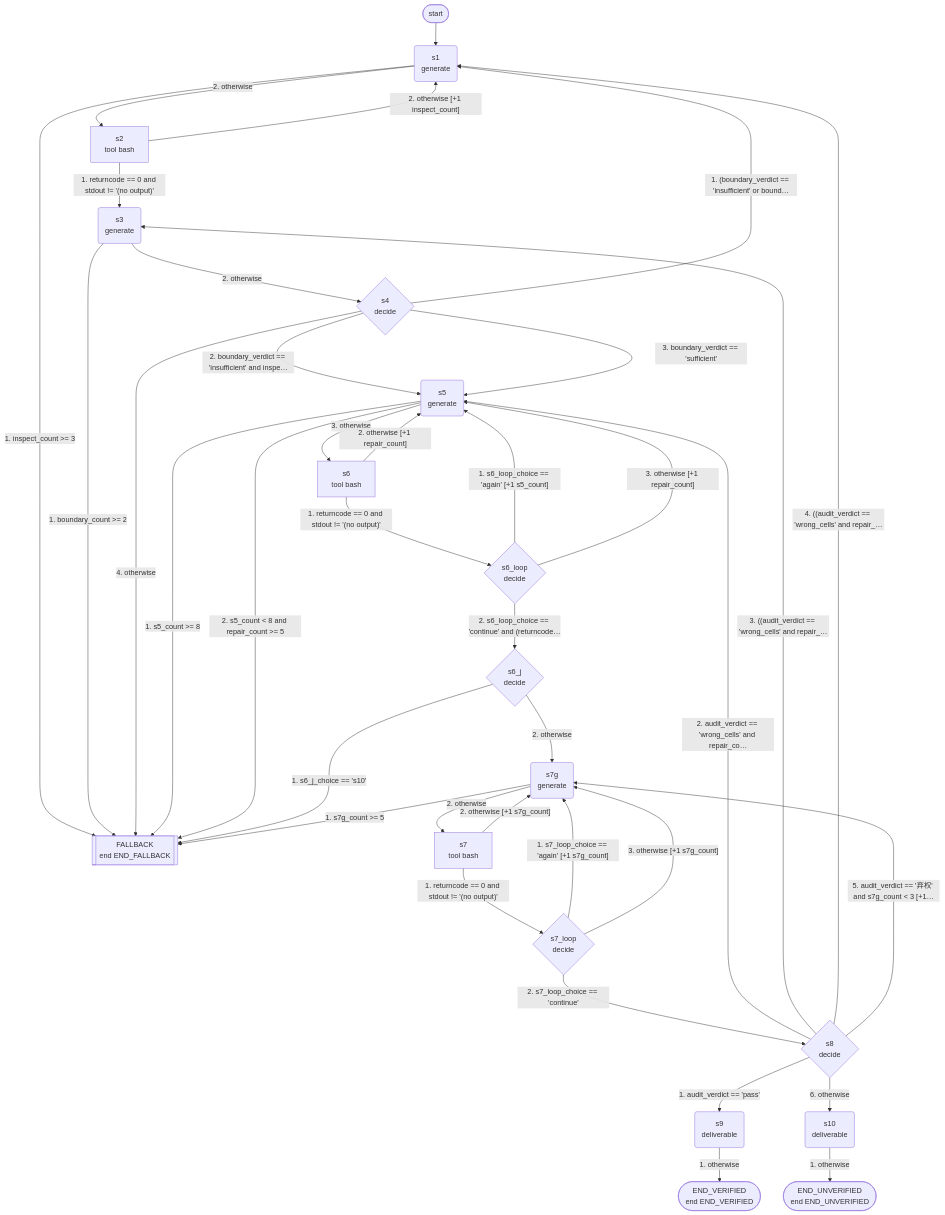
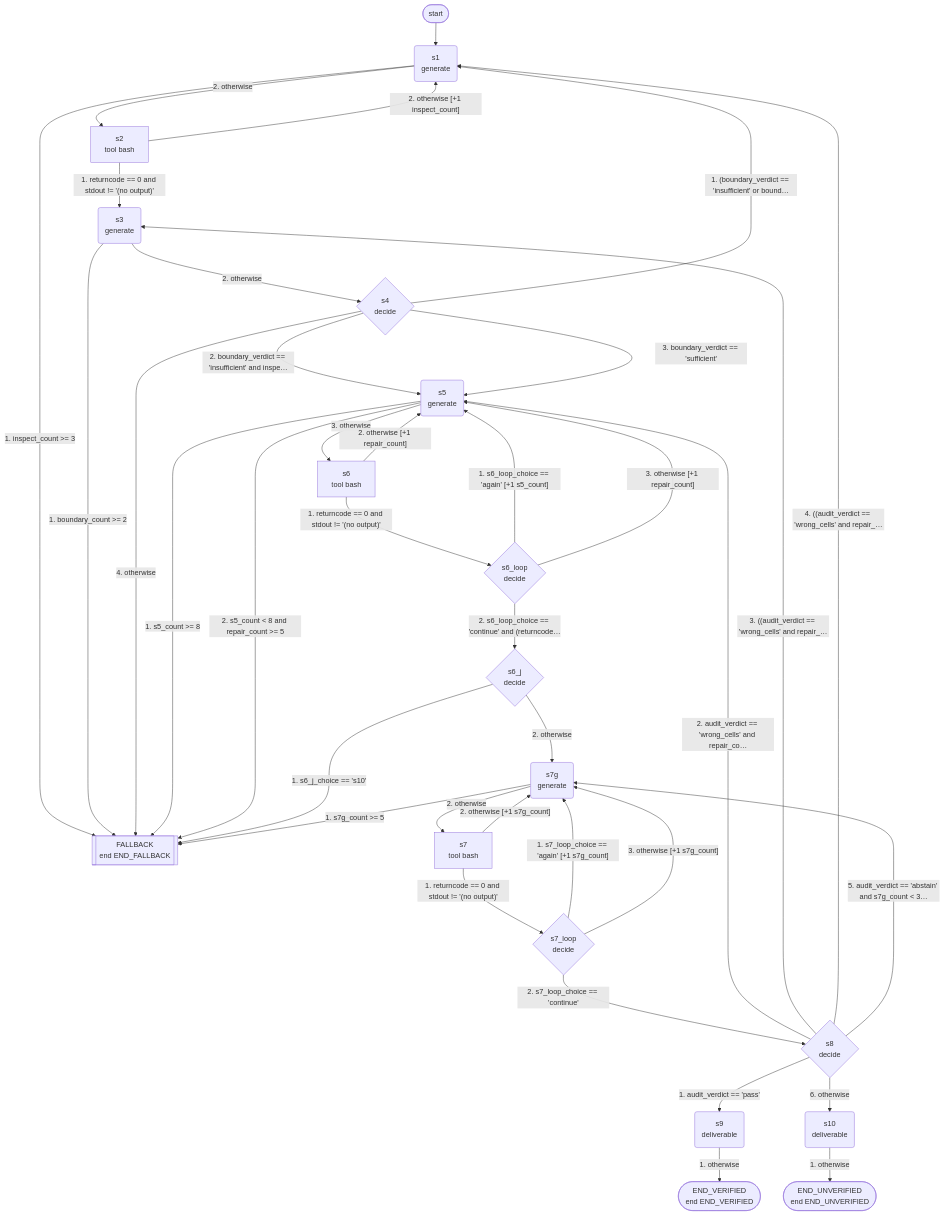
The diagram in examples/machines/spreadsheet/GUIDE.md (Worldbuilder013/HEXIS), drawn with Mermaid before and after one commit. The commit also changed other lines of this file and 10 other files, not shown here.

````diff
--- a/examples/machines/spreadsheet/GUIDE.md
+++ b/examples/machines/spreadsheet/GUIDE.md
@@ -30,57 +30,57 @@
 ```mermaid
 flowchart TD
     n_start(["start"])
     n0("s1<br/>generate")
     n1[["FALLBACK<br/>end END_FALLBACK"]]
     n2["s2<br/>tool bash"]
     n3("s3<br/>generate")
     n4{"s4<br/>decide"}
     n5("s5<br/>generate")
     n6["s6<br/>tool bash"]
     n7{"s6_loop<br/>decide"}
     n8{"s6_j<br/>decide"}
     n9("s7g<br/>generate")
     n10["s7<br/>tool bash"]
     n11{"s7_loop<br/>decide"}
     n12{"s8<br/>decide"}
     n13("s9<br/>deliverable")
     n14("s10<br/>deliverable")
     n15(["END_VERIFIED<br/>end END_VERIFIED"])
     n16(["END_UNVERIFIED<br/>end END_UNVERIFIED"])
     n_start --> n0
     n0 -->|"1. inspect_count #gt;= 3"| n1
     n0 -->|"2. otherwise"| n2
     n2 -->|"1. returncode == 0 and stdout != '(no output)'"| n3
     n2 -->|"2. otherwise [+1 inspect_count]"| n0
     n3 -->|"1. boundary_count #gt;= 2"| n1
     n3 -->|"2. otherwise"| n4
     n4 -->|"1. (boundary_verdict == 'insufficient' or bound…"| n0
     n4 -->|"2. boundary_verdict == 'insufficient' and inspe…"| n5
     n4 -->|"3. boundary_verdict == 'sufficient'"| n5
     n4 -->|"4. otherwise"| n1
     n5 -->|"1. s5_count #gt;= 8"| n1
     n5 -->|"2. s5_count #lt; 8 and repair_count #gt;= 5"| n1
     n5 -->|"3. otherwise"| n6
     n6 -->|"1. returncode == 0 and stdout != '(no output)'"| n7
     n6 -->|"2. otherwise [+1 repair_count]"| n5
     n7 -->|"1. s6_loop_choice == 'again' [+1 s5_count]"| n5
     n7 -->|"2. s6_loop_choice == 'continue' and (returncode…"| n8
     n7 -->|"3. otherwise [+1 repair_count]"| n5
     n8 -->|"1. s6_j_choice == 's10'"| n1
     n8 -->|"2. otherwise"| n9
     n9 -->|"1. s7g_count #gt;= 5"| n1
     n9 -->|"2. otherwise"| n10
     n10 -->|"1. returncode == 0 and stdout != '(no output)'"| n11
     n10 -->|"2. otherwise [+1 s7g_count]"| n9
     n11 -->|"1. s7_loop_choice == 'again' [+1 s7g_count]"| n9
     n11 -->|"2. s7_loop_choice == 'continue'"| n12
     n11 -->|"3. otherwise [+1 s7g_count]"| n9
     n12 -->|"1. audit_verdict == 'pass'"| n13
     n12 -->|"2. audit_verdict == 'wrong_cells' and repair_co…"| n5
     n12 -->|"3. ((audit_verdict == 'wrong_cells' and repair_…"| n3
     n12 -->|"4. ((audit_verdict == 'wrong_cells' and repair_…"| n0
-    n12 -->|"5. audit_verdict == '弃权' and s7g_count #lt; 3 [+1…"| n9
+    n12 -->|"5. audit_verdict == 'abstain' and s7g_count #lt; 3…"| n9
     n12 -->|"6. otherwise"| n14
     n13 -->|"1. otherwise"| n15
     n14 -->|"1. otherwise"| n16
 ```
````
